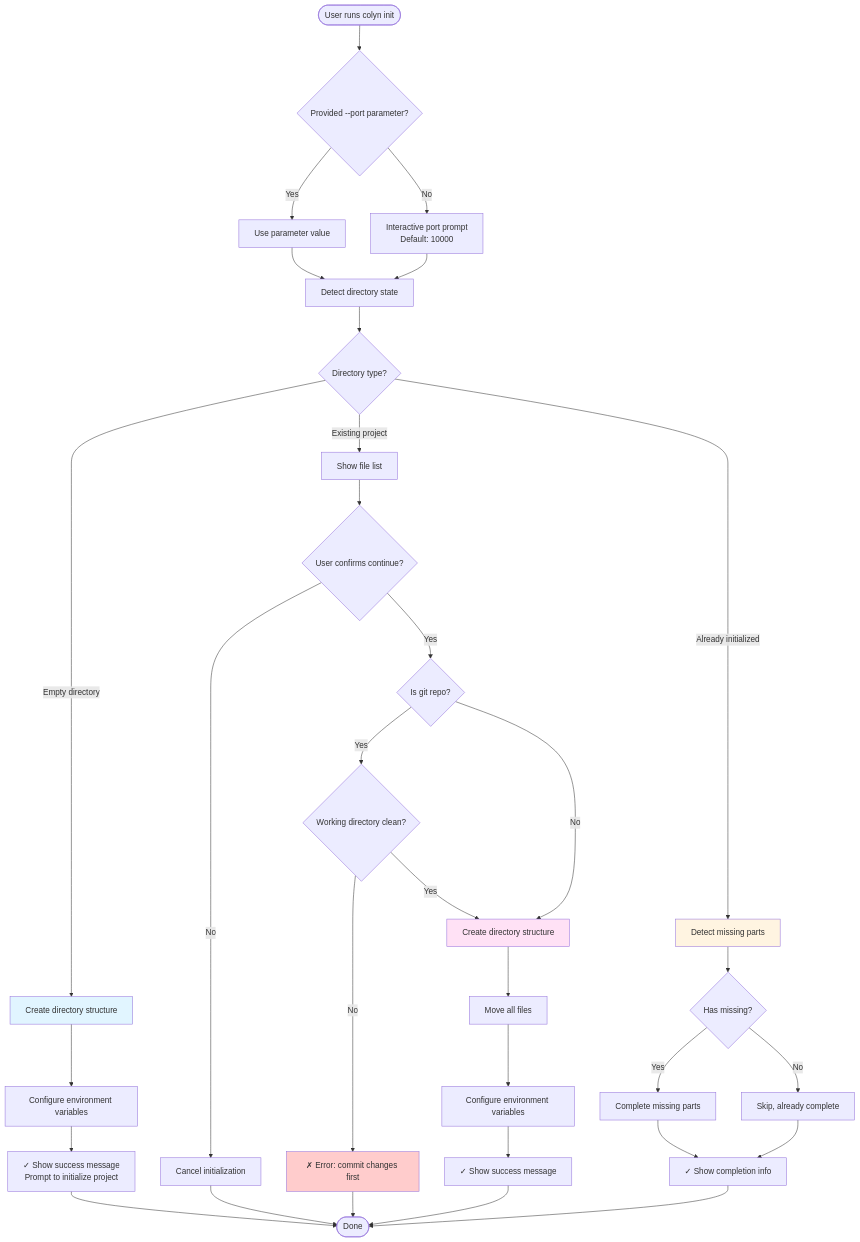
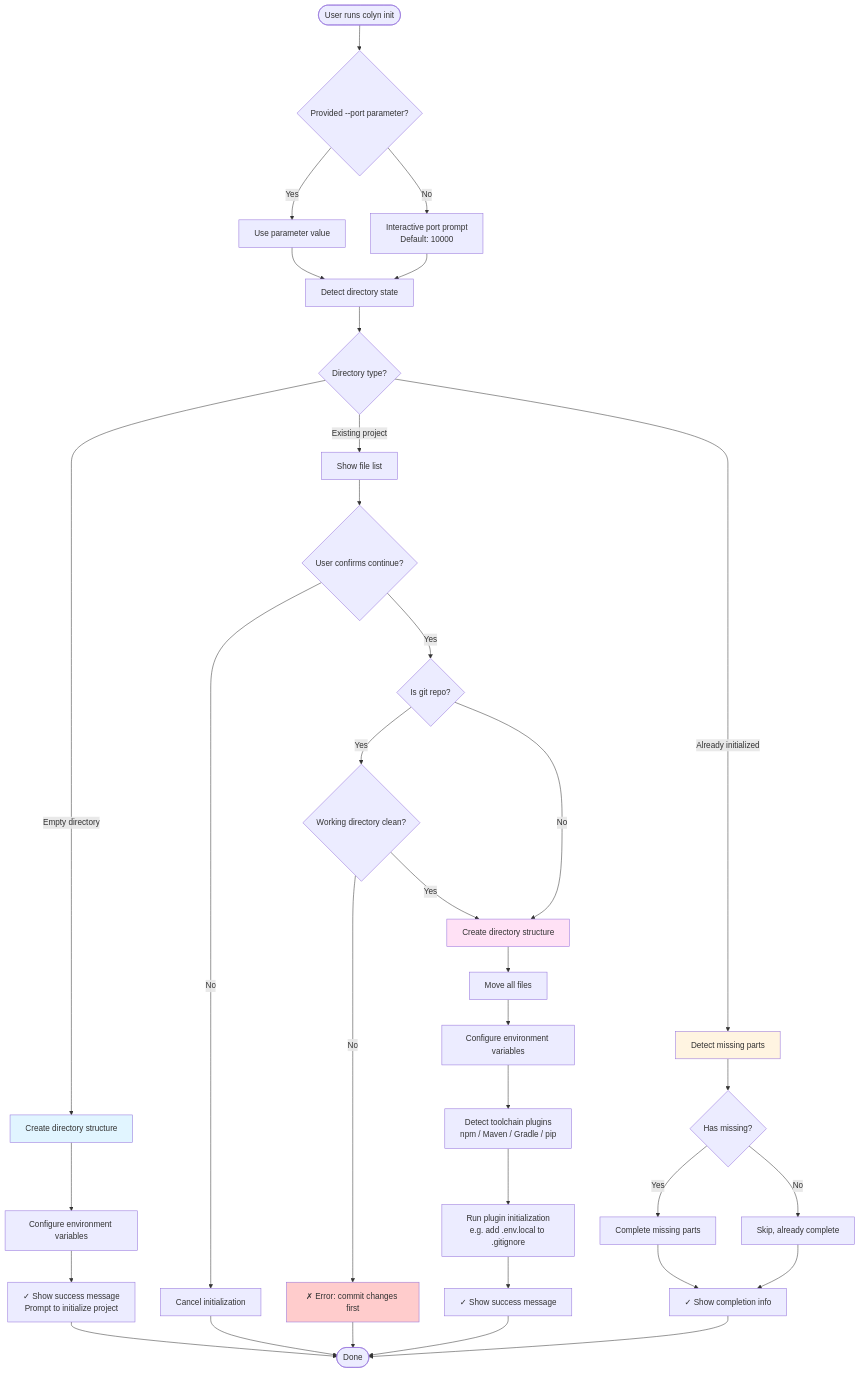
The first of 6 diagrams in docs-en/design-init-command.md (colin-han/colyn), drawn with Mermaid before and after one commit. The commit also changed other lines of this file and 9 other files, not shown here.

````diff
--- a/docs-en/design-init-command.md
+++ b/docs-en/design-init-command.md
@@ -180,52 +182,54 @@
 ```mermaid
 graph TD
     Start([User runs colyn init]) --> CheckPort{Provided --port parameter?}
 
     CheckPort -->|Yes| UsePort[Use parameter value]
     CheckPort -->|No| AskPort[Interactive port prompt<br/>Default: 10000]
 
     UsePort --> DetectDir[Detect directory state]
     AskPort --> DetectDir
 
     DetectDir --> DirType{Directory type?}
 
     %% Empty directory flow
     DirType -->|Empty directory| EmptyCreate[Create directory structure]
     EmptyCreate --> EmptyEnv[Configure environment variables]
     EmptyEnv --> EmptySuccess[✓ Show success message<br/>Prompt to initialize project]
     EmptySuccess --> End([Done])
 
     %% Existing project flow
     DirType -->|Existing project| ShowFiles[Show file list]
     ShowFiles --> AskConfirm{User confirms continue?}
     AskConfirm -->|No| Cancel[Cancel initialization]
     AskConfirm -->|Yes| CheckGit{Is git repo?}
 
     CheckGit -->|Yes| CheckClean{Working directory clean?}
     CheckGit -->|No| CreateDirs
 
     CheckClean -->|No| ErrorDirty[✗ Error: commit changes first]
     CheckClean -->|Yes| CreateDirs[Create directory structure]
 
     CreateDirs --> MoveFiles[Move all files]
     MoveFiles --> ConfigEnv[Configure environment variables]
-    ConfigEnv --> ProjectSuccess[✓ Show success message]
+    ConfigEnv --> DetectPlugins[Detect toolchain plugins<br/>npm / Maven / Gradle / pip]
+    DetectPlugins --> RunPluginInit[Run plugin initialization<br/>e.g. add .env.local to .gitignore]
+    RunPluginInit --> ProjectSuccess[✓ Show success message]
     ProjectSuccess --> End
 
     %% Already initialized flow
     DirType -->|Already initialized| CheckMissing[Detect missing parts]
     CheckMissing --> HasMissing{Has missing?}
     HasMissing -->|Yes| CompleteMissing[Complete missing parts]
     HasMissing -->|No| SkipComplete[Skip, already complete]
     CompleteMissing --> CompleteSuccess[✓ Show completion info]
     SkipComplete --> CompleteSuccess
     CompleteSuccess --> End
 
     Cancel --> End
     ErrorDirty --> End
 
     style EmptyCreate fill:#e1f5ff
     style CreateDirs fill:#ffe1f5
     style CheckMissing fill:#fff4e1
     style ErrorDirty fill:#ffcccc
 ```
````
